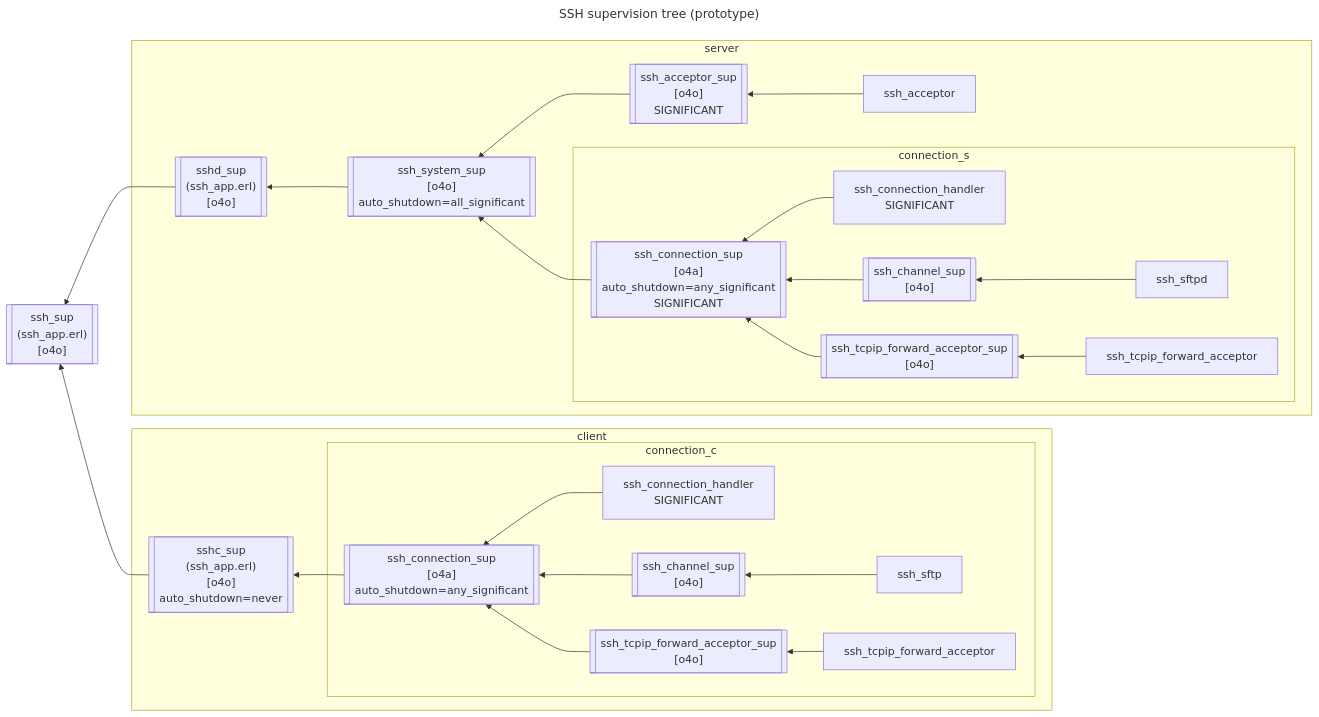
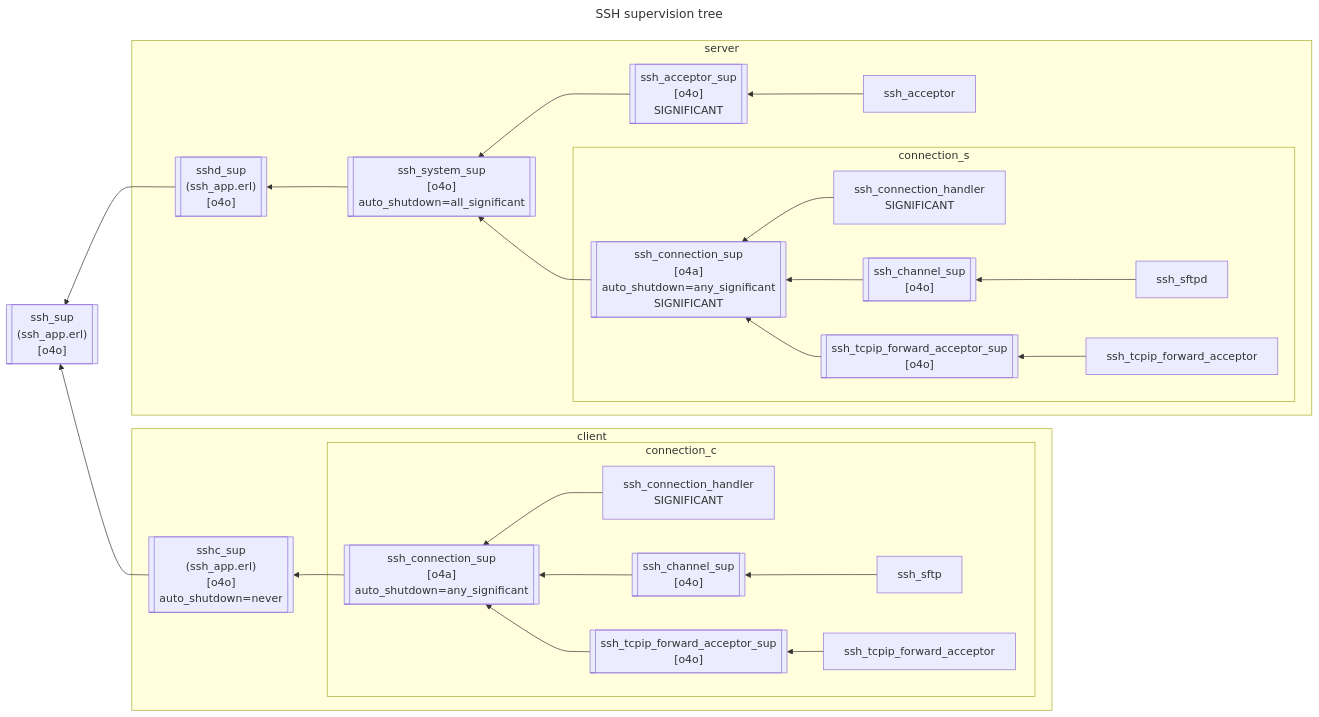
Before and after one commit to erlang/otp: the second of 4 diagrams in lib/ssh/internal_doc/ssh_notes.md, drawn with Mermaid. The commit also changed other lines of this file and 5 other files, not shown here.

````diff
--- a/lib/ssh/internal_doc/ssh_notes.md
+++ b/lib/ssh/internal_doc/ssh_notes.md
@@ -2,35 +41,35 @@
 ```mermaid
 ---
-title: SSH supervision tree (prototype)
+title: SSH supervision tree
 ---
 flowchart RL
-    d_sup --> sup[["ssh_sup\n(ssh_app.erl)\n[o4o]"]]
+    d_sup --> sup[["ssh_sup<br />(ssh_app.erl)<br />[o4o]"]]
     c_sup --> sup
 
     subgraph client
-    connection_sup --> c_sup[["sshc_sup\n(ssh_app.erl)\n[o4o]\nauto_shutdown=never"]]
+    connection_sup --> c_sup[["sshc_sup<br />(ssh_app.erl)<br />[o4o]<br />auto_shutdown=never"]]
     subgraph connection_c
-    connection_handler["ssh_connection_handler\nSIGNIFICANT"] --> connection_sup[["ssh_connection_sup\n[o4a]\nauto_shutdown=any_significant"]]
-    channel_sup[["ssh_channel_sup\n[o4o]"]] --> connection_sup
+    connection_handler["ssh_connection_handler<br />SIGNIFICANT"] --> connection_sup[["ssh_connection_sup<br />[o4a]<br />auto_shutdown=any_significant"]]
+    channel_sup[["ssh_channel_sup<br />[o4o]"]] --> connection_sup
     sftp["ssh_sftp"] --> channel_sup
-    tcpip_forward_acceptor_sup[["ssh_tcpip_forward_acceptor_sup\n[o4o]"]] --> connection_sup
+    tcpip_forward_acceptor_sup[["ssh_tcpip_forward_acceptor_sup<br />[o4o]"]] --> connection_sup
     ssh_tcpip_forward_acceptor["ssh_tcpip_forward_acceptor"] --> tcpip_forward_acceptor_sup  
     end
     end
 
     subgraph server
-    system_sup_s --> d_sup[["sshd_sup\n(ssh_app.erl)\n[o4o]"]]
-    acceptor_sup --> system_sup_s[["ssh_system_sup\n[o4o]\nauto_shutdown=all_significant"]]
-    acceptor["ssh_acceptor"] --> acceptor_sup[["ssh_acceptor_sup\n[o4o]\nSIGNIFICANT"]]
+    system_sup_s --> d_sup[["sshd_sup<br />(ssh_app.erl)<br />[o4o]"]]
+    acceptor_sup --> system_sup_s[["ssh_system_sup<br />[o4o]<br />auto_shutdown=all_significant"]]
+    acceptor["ssh_acceptor"] --> acceptor_sup[["ssh_acceptor_sup<br />[o4o]<br />SIGNIFICANT"]]
 
     connection_sup_s --> system_sup_s
 
     subgraph connection_s
-    connection_handler_s["ssh_connection_handler\nSIGNIFICANT"] --> connection_sup_s[["ssh_connection_sup\n[o4a]\nauto_shutdown=any_significant\nSIGNIFICANT"]]
-    channel_sup_s[["ssh_channel_sup\n[o4o]"]] --> connection_sup_s
-    tcpip_forward_acceptor_sup_s[["ssh_tcpip_forward_acceptor_sup\n[o4o]"]] --> connection_sup_s
+    connection_handler_s["ssh_connection_handler<br />SIGNIFICANT"] --> connection_sup_s[["ssh_connection_sup<br />[o4a]<br />auto_shutdown=any_significant<br />SIGNIFICANT"]]
+    channel_sup_s[["ssh_channel_sup<br />[o4o]"]] --> connection_sup_s
+    tcpip_forward_acceptor_sup_s[["ssh_tcpip_forward_acceptor_sup<br />[o4o]"]] --> connection_sup_s
     ssh_tcpip_forward_acceptor_s["ssh_tcpip_forward_acceptor"] --> tcpip_forward_acceptor_sup_s
     sftd1["ssh_sftpd"] --> channel_sup_s
     end
     end
 ```
````
